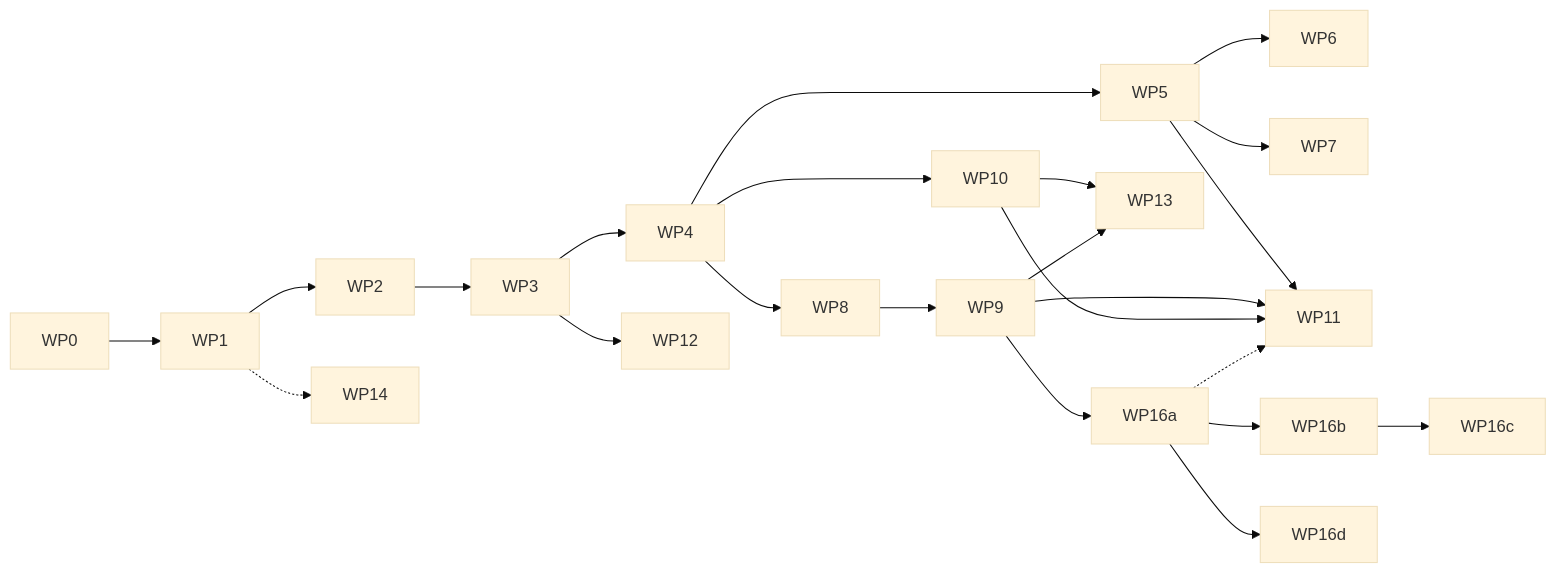
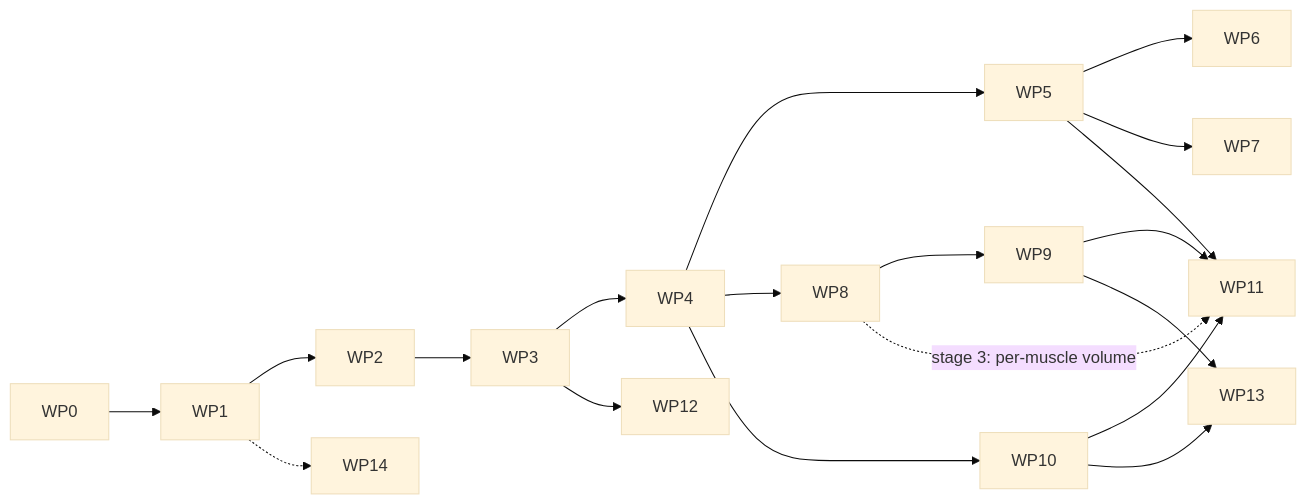
Before and after one commit to kreczmans-creator/repforge: the diagram in docs/wp0/D06-work-package-roadmap.md, drawn with Mermaid (base theme). The commit also changed other lines of this file and 8 other files, not shown here.

````diff
--- a/docs/wp0/D06-work-package-roadmap.md
+++ b/docs/wp0/D06-work-package-roadmap.md
@@ -9,15 +9,13 @@
 ```mermaid
 flowchart LR
   WP0 --> WP1 --> WP2 --> WP3 --> WP4
   WP4 --> WP5 --> WP6
   WP5 --> WP7
   WP4 --> WP8 --> WP9
   WP4 --> WP10
   WP5 & WP9 & WP10 --> WP11
   WP3 --> WP12
   WP10 & WP9 --> WP13
-  WP9 --> WP16a --> WP16b --> WP16c
-  WP16a --> WP16d
-  WP16a -.-> WP11
+  WP8 -.->|stage 3: per-muscle volume| WP11
   WP1 -.-> WP14
 ```
````
